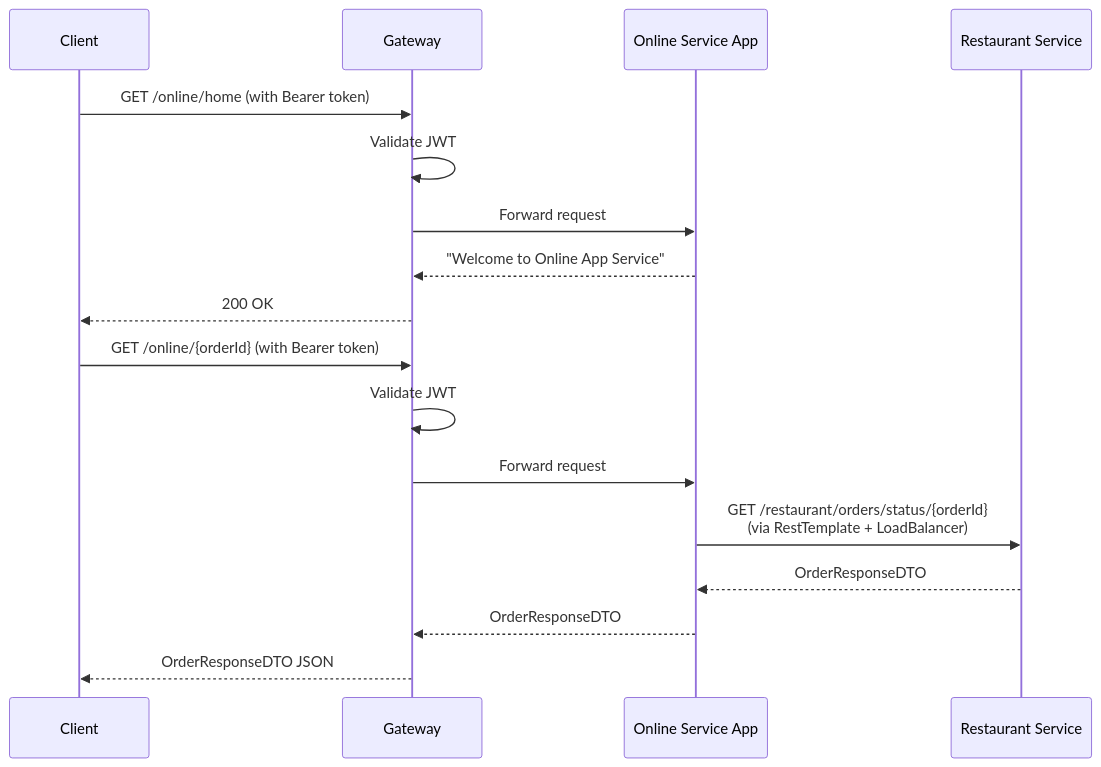
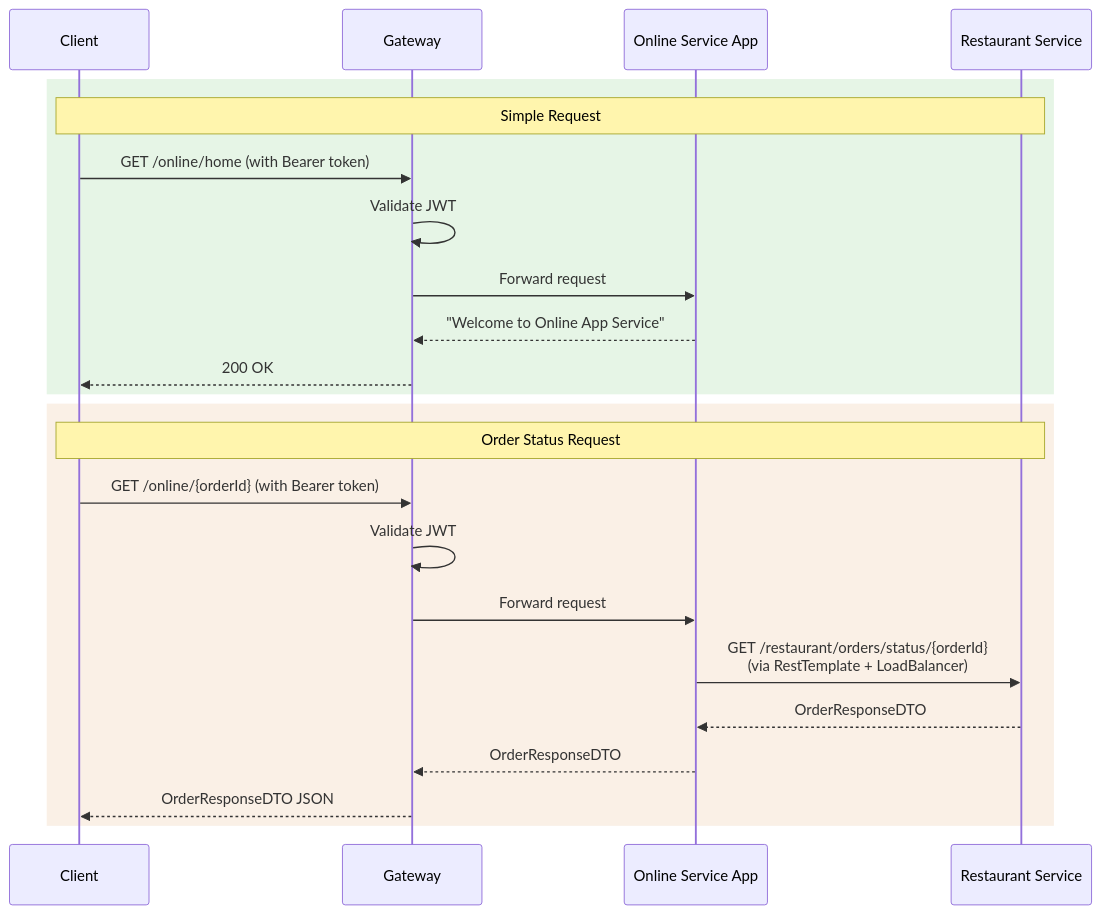
Before and after one commit to sawmikcuet19/auth-microservices: the fourth of 11 diagrams in README.md, drawn with Mermaid. The commit also changed other lines of this file, not shown here.

First line of the commit message:
Fix README mermaid diagram colors for better readability

````diff
--- a/README.md
+++ b/README.md
@@ -159,21 +175,27 @@
 ```mermaid
 sequenceDiagram
     participant C as Client
     participant G as Gateway
     participant O as Online Service App
     participant R as Restaurant Service
 
-    C->>G: GET /online/home (with Bearer token)
-    G->>G: Validate JWT
-    G->>O: Forward request
-    O-->>G: "Welcome to Online App Service"
-    G-->>C: 200 OK
+    rect rgb(230, 245, 230)
+        Note over C,R: Simple Request
+        C->>G: GET /online/home (with Bearer token)
+        G->>G: Validate JWT
+        G->>O: Forward request
+        O-->>G: "Welcome to Online App Service"
+        G-->>C: 200 OK
+    end
 
-    C->>G: GET /online/{orderId} (with Bearer token)
-    G->>G: Validate JWT
-    G->>O: Forward request
-    O->>R: GET /restaurant/orders/status/{orderId}<br/>(via RestTemplate + LoadBalancer)
-    R-->>O: OrderResponseDTO
-    O-->>G: OrderResponseDTO
-    G-->>C: OrderResponseDTO JSON
+    rect rgb(250, 240, 230)
+        Note over C,R: Order Status Request
+        C->>G: GET /online/{orderId} (with Bearer token)
+        G->>G: Validate JWT
+        G->>O: Forward request
+        O->>R: GET /restaurant/orders/status/{orderId}<br/>(via RestTemplate + LoadBalancer)
+        R-->>O: OrderResponseDTO
+        O-->>G: OrderResponseDTO
+        G-->>C: OrderResponseDTO JSON
+    end
 ```
````
